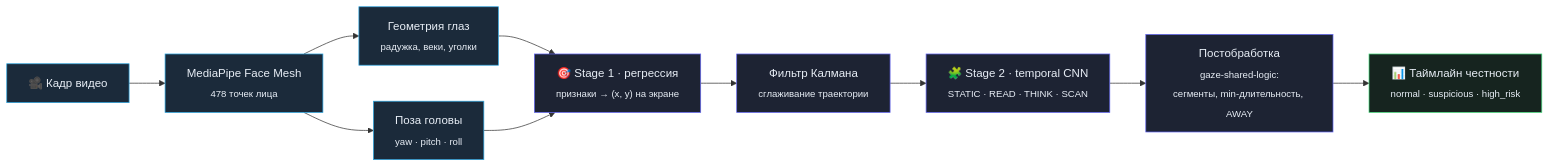
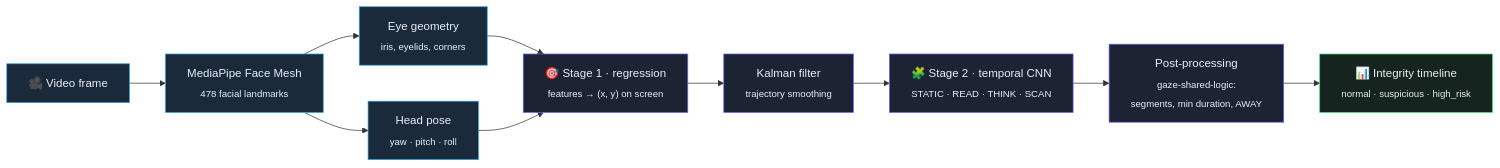
One commit to simeonkolchin/ai-interview changed the third of 3 diagrams in README.md. Above: the diagram before and after it, drawn with Mermaid. The commit also changed other lines of this file, not shown here.

````diff
--- a/README.md
+++ b/README.md
@@ -223,19 +223,19 @@
 ```mermaid
 flowchart LR
-    V["🎥 Кадр видео"] --> MP["MediaPipe Face Mesh<br/><sub>478 точек лица</sub>"]
-    MP --> EYE["Геометрия глаз<br/><sub>радужка, веки, уголки</sub>"]
-    MP --> HEAD["Поза головы<br/><sub>yaw · pitch · roll</sub>"]
-    EYE --> S1["🎯 Stage 1 · регрессия<br/><sub>признаки → (x, y) на экране</sub>"]
+    V["🎥 Video frame"] --> MP["MediaPipe Face Mesh<br/><sub>478 facial landmarks</sub>"]
+    MP --> EYE["Eye geometry<br/><sub>iris, eyelids, corners</sub>"]
+    MP --> HEAD["Head pose<br/><sub>yaw · pitch · roll</sub>"]
+    EYE --> S1["🎯 Stage 1 · regression<br/><sub>features → (x, y) on screen</sub>"]
     HEAD --> S1
-    S1 --> KF["Фильтр Калмана<br/><sub>сглаживание траектории</sub>"]
+    S1 --> KF["Kalman filter<br/><sub>trajectory smoothing</sub>"]
     KF --> S2["🧩 Stage 2 · temporal CNN<br/><sub>STATIC · READ · THINK · SCAN</sub>"]
-    S2 --> POST["Постобработка<br/><sub>gaze-shared-logic:<br/>сегменты, min-длительность, AWAY</sub>"]
-    POST --> OUT["📊 Таймлайн честности<br/><sub>normal · suspicious · high_risk</sub>"]
+    S2 --> POST["Post-processing<br/><sub>gaze-shared-logic:<br/>segments, min duration, AWAY</sub>"]
+    POST --> OUT["📊 Integrity timeline<br/><sub>normal · suspicious · high_risk</sub>"]
 
     classDef cv fill:#1b2a3a,stroke:#2CA5E0,color:#e8eef6
     classDef ml fill:#1d2333,stroke:#6366f1,color:#e8eef6
     classDef out fill:#16241f,stroke:#4ade80,color:#e8eef6
     class V,MP,EYE,HEAD cv
     class S1,KF,S2,POST ml
     class OUT out
 ```
````
